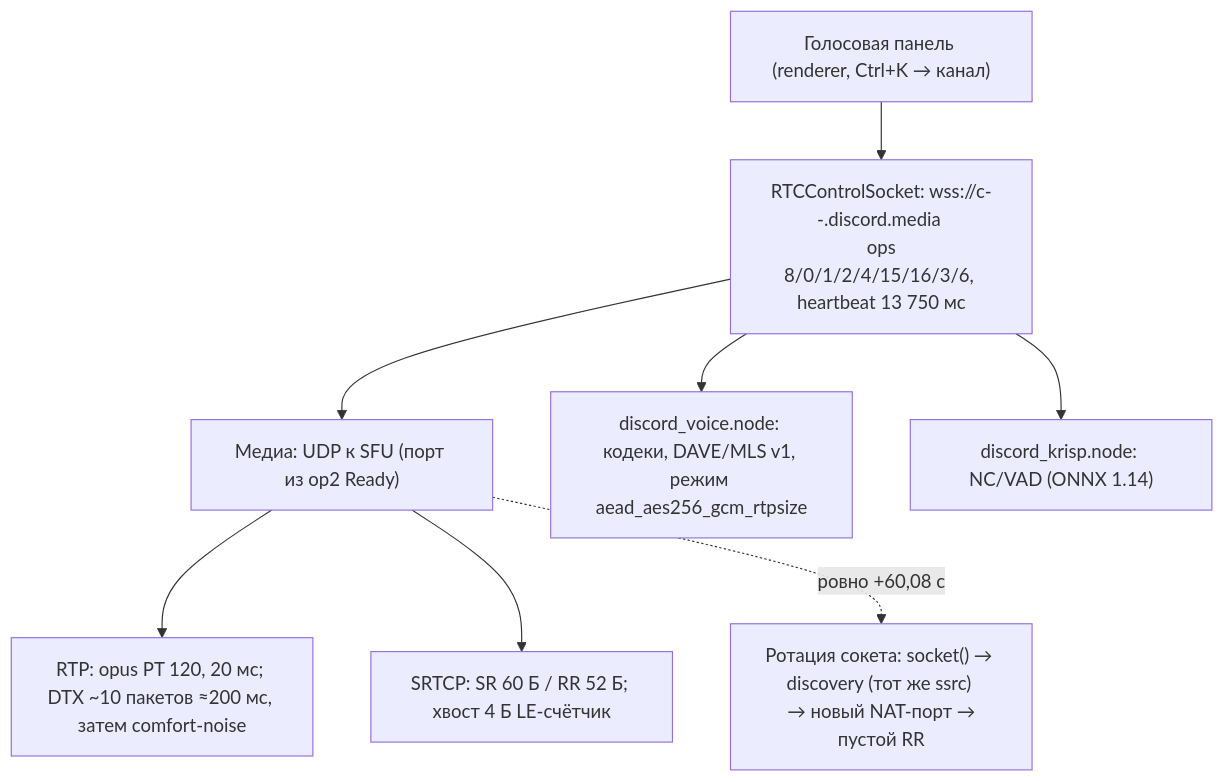
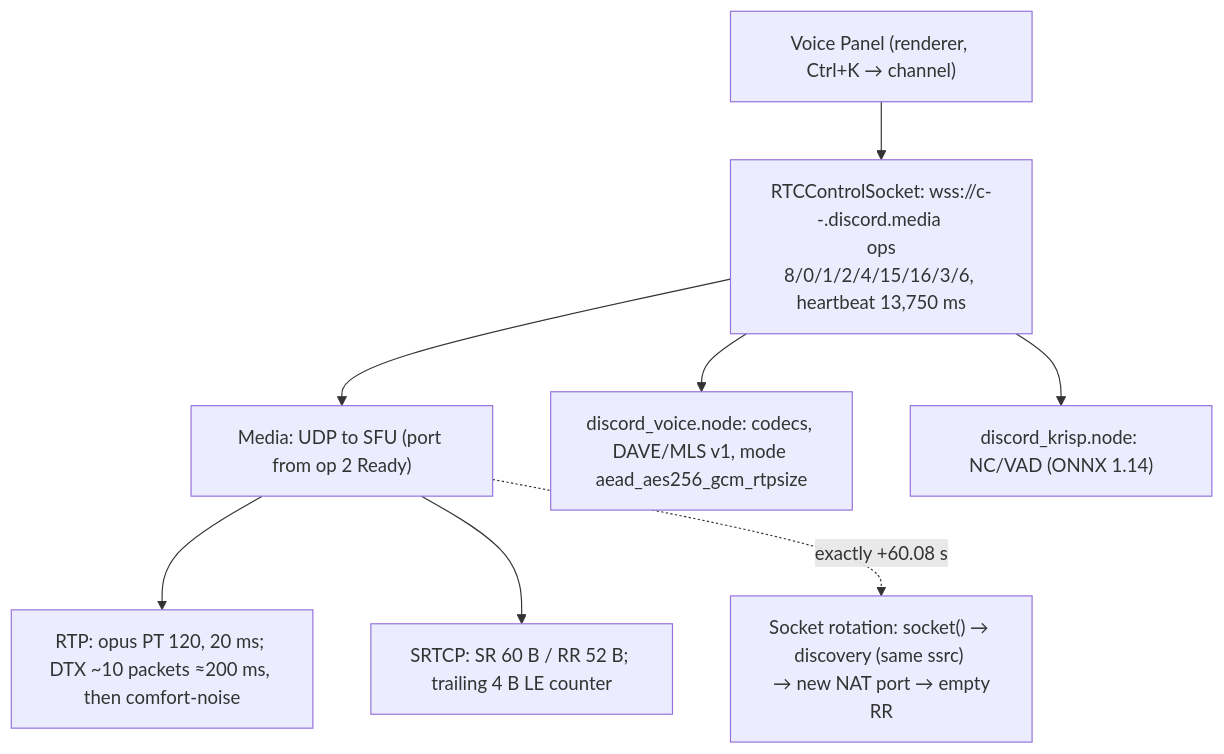
Before and after one commit to Userbash/chord: the fifth of 6 diagrams in docs/re/architecture.md, drawn with Mermaid. The commit also changed other lines of this file and 2279 other files, not shown here.

````diff
--- a/docs/re/architecture.md
+++ b/docs/re/architecture.md
@@ -144,10 +125,10 @@
 ```mermaid
 flowchart TB
-  UIP["Голосовая панель (renderer, Ctrl+K → канал)"] --> RTC["RTCControlSocket: wss://c-<region>-<hash>.discord.media <br/> ops 8/0/1/2/4/15/16/3/6, heartbeat 13 750 мс"]
-  RTC --> MED["Медиа: UDP к SFU (порт из op2 Ready)"]
-  MED --> RTP["RTP: opus PT 120, 20 мс; DTX ~10 пакетов ≈200 мс, затем comfort-noise"]
-  MED --> RTCP["SRTCP: SR 60 Б / RR 52 Б; хвост 4 Б LE-счётчик"]
-  RTC --> ENG["discord_voice.node: кодеки, DAVE/MLS v1, режим aead_aes256_gcm_rtpsize"]
+  UIP["Voice Panel (renderer, Ctrl+K → channel)"] --> RTC["RTCControlSocket: wss://c-<region>-<hash>.discord.media <br/> ops 8/0/1/2/4/15/16/3/6, heartbeat 13,750 ms"]
+  RTC --> MED["Media: UDP to SFU (port from op 2 Ready)"]
+  MED --> RTP["RTP: opus PT 120, 20 ms; DTX ~10 packets ≈200 ms, then comfort-noise"]
+  MED --> RTCP["SRTCP: SR 60 B / RR 52 B; trailing 4 B LE counter"]
+  RTC --> ENG["discord_voice.node: codecs, DAVE/MLS v1, mode aead_aes256_gcm_rtpsize"]
   RTC --> KRS["discord_krisp.node: NC/VAD (ONNX 1.14)"]
-  MED -. "ровно +60,08 с" .-> ROT["Ротация сокета: socket() → discovery (тот же ssrc) <br/> → новый NAT-порт → пустой RR"]
+  MED -. "exactly +60.08 s" .-> ROT["Socket rotation: socket() → discovery (same ssrc) <br/> → new NAT port → empty RR"]
 ```
````
